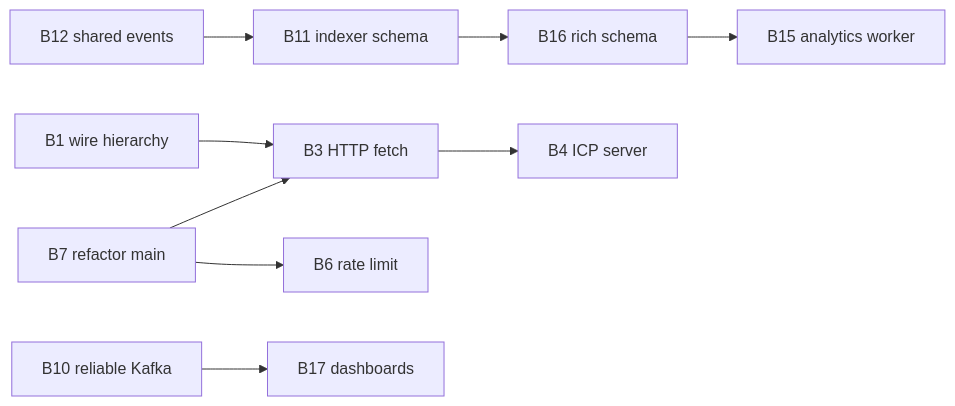
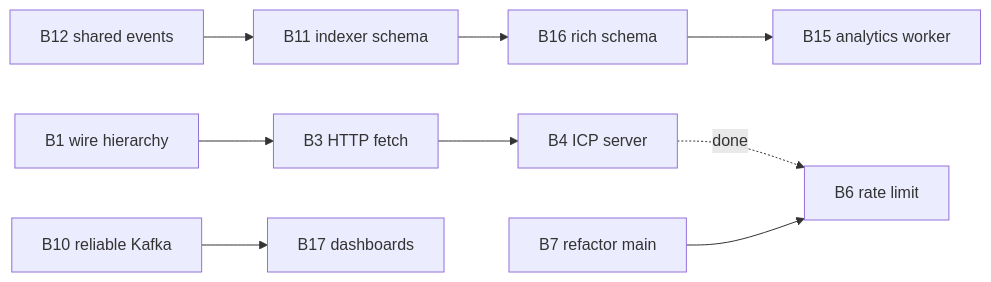
Before and after one commit to onixus/bsdm-proxy: the third of 3 diagrams in docs/architecture.md, drawn with Mermaid. The commit also changed other lines of this file and 9 other files, not shown here.

````diff
--- a/docs/architecture.md
+++ b/docs/architecture.md
@@ -259,11 +278,11 @@
 ```mermaid
 flowchart LR
   B12[B12 shared events] --> B11[B11 indexer schema]
   B11 --> B16[B16 rich schema]
   B16 --> B15[B15 analytics worker]
   B1[B1 wire hierarchy] --> B3[B3 HTTP fetch]
   B3 --> B4[B4 ICP server]
-  B7[B7 refactor main] --> B6[B6 rate limit]
-  B7 --> B3
+  B4 -.done.-> B6[B6 rate limit]
+  B7[B7 refactor main] --> B6
   B10[B10 reliable Kafka] --> B17[B17 dashboards]
 ```
````
